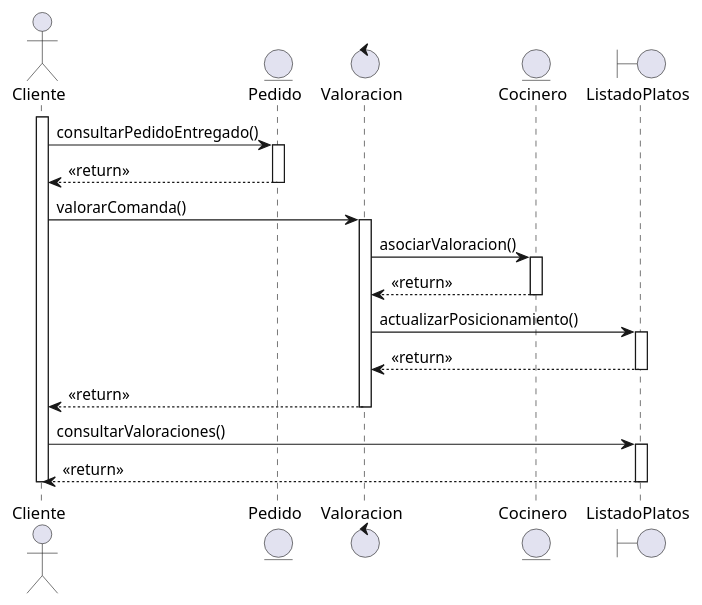
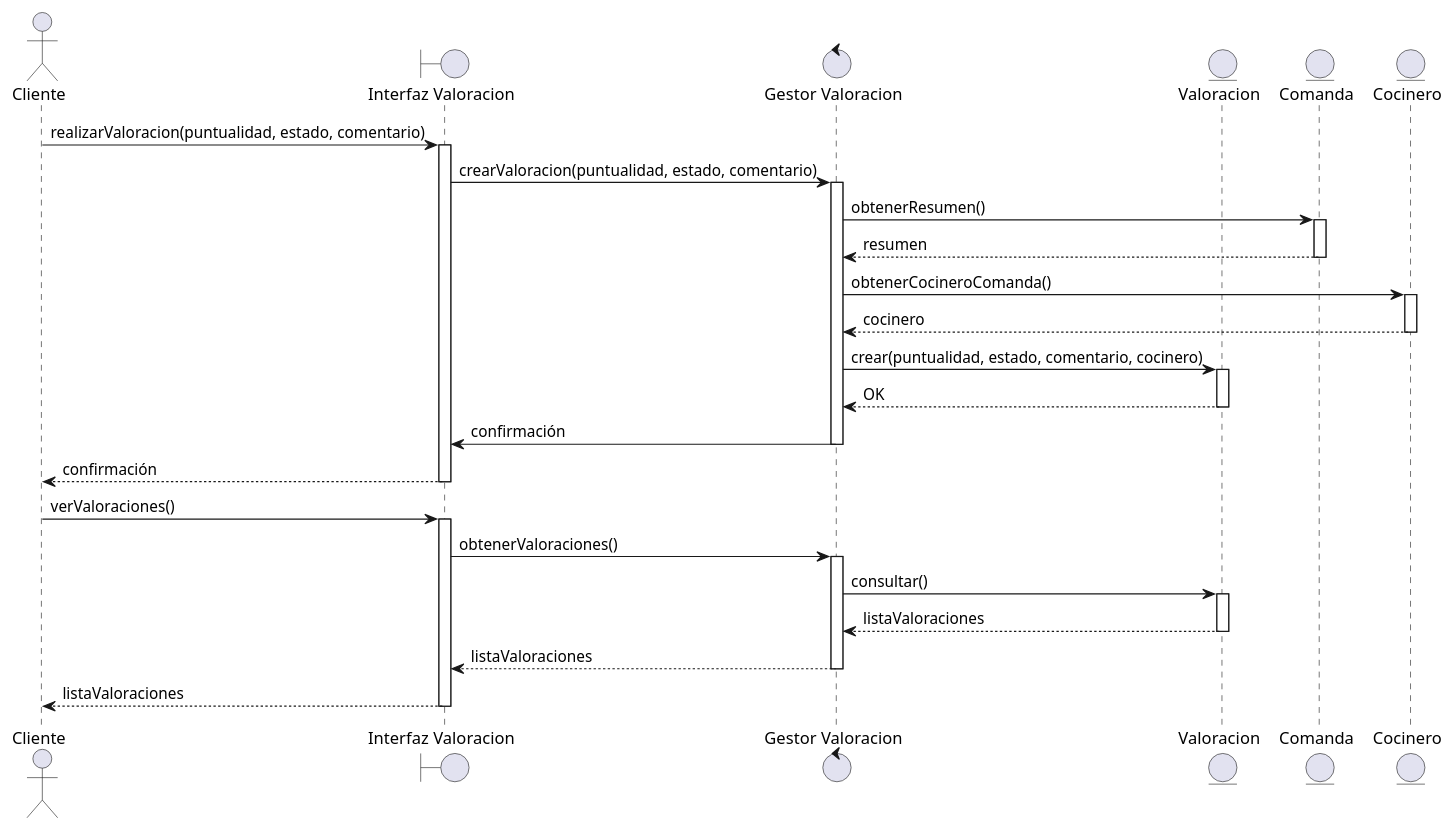
Before and after one commit to dabien3/ES25UAB-511-05: the diagram in documents/Diagramas Secuencia/CodigoUML/bloq5.pUML, drawn with PlantUML.

```diff
--- a/documents/Diagramas Secuencia/CodigoUML/bloq5.pUML
+++ b/documents/Diagramas Secuencia/CodigoUML/bloq5.pUML
@@ -1,37 +1,48 @@
 @startuml
 actor Cliente
-entity Pedido
-control Valoracion
-entity Cocinero
-boundary ListadoPlatos
+boundary "Interfaz Valoracion" as InterfazValoracion
+control "Gestor Valoracion" as GestorValoracion
+entity "Valoracion" as Valoracion
+entity "Comanda" as Comanda
+entity "Cocinero" as Cocinero
 
-activate Cliente
+Cliente -> InterfazValoracion : realizarValoracion(puntualidad, estado, comentario)
+activate InterfazValoracion
+InterfazValoracion -> GestorValoracion : crearValoracion(puntualidad, estado, comentario)
+activate GestorValoracion
 
-Cliente -> Pedido : consultarPedidoEntregado()
-activate Pedido
-Pedido --> Cliente : <<return>>
-deactivate Pedido
+GestorValoracion -> Comanda : obtenerResumen()
+activate Comanda
+Comanda --> GestorValoracion : resumen
+deactivate Comanda
 
-Cliente -> Valoracion : valorarComanda()
-activate Valoracion
-
-Valoracion -> Cocinero : asociarValoracion()
+GestorValoracion -> Cocinero : obtenerCocineroComanda()
 activate Cocinero
-Cocinero --> Valoracion : <<return>>
+Cocinero --> GestorValoracion : cocinero
 deactivate Cocinero
 
-Valoracion -> ListadoPlatos : actualizarPosicionamiento()
-activate ListadoPlatos
-ListadoPlatos --> Valoracion : <<return>>
-deactivate ListadoPlatos
-
-Valoracion --> Cliente : <<return>>
+GestorValoracion -> Valoracion : crear(puntualidad, estado, comentario, cocinero)
+activate Valoracion
+Valoracion --> GestorValoracion : OK
 deactivate Valoracion
 
-Cliente -> ListadoPlatos : consultarValoraciones()
-activate ListadoPlatos
-ListadoPlatos --> Cliente : <<return>>
-deactivate ListadoPlatos
+GestorValoracion -> InterfazValoracion : confirmación
+deactivate GestorValoracion
 
-deactivate Cliente
+InterfazValoracion --> Cliente : confirmación
+deactivate InterfazValoracion
+
+Cliente -> InterfazValoracion : verValoraciones()
+activate InterfazValoracion
+InterfazValoracion -> GestorValoracion : obtenerValoraciones()
+activate GestorValoracion
+GestorValoracion -> Valoracion : consultar()
+activate Valoracion
+Valoracion --> GestorValoracion : listaValoraciones
+deactivate Valoracion
+GestorValoracion --> InterfazValoracion : listaValoraciones
+deactivate GestorValoracion
+InterfazValoracion --> Cliente : listaValoraciones
+deactivate InterfazValoracion
+
 @enduml
```
